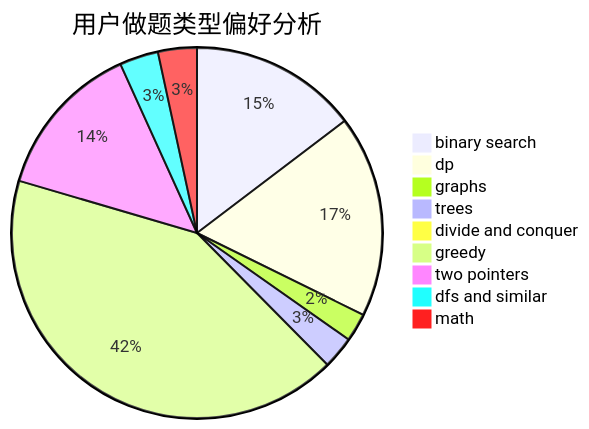
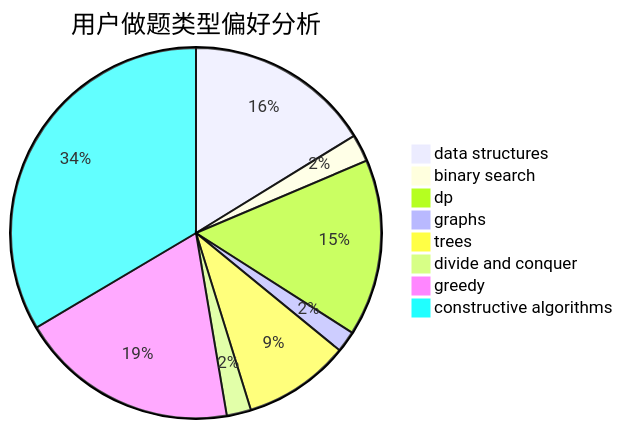
Before and after one commit to sherpahu/cfrs.github.io: the second of 3 diagrams in docs/user/u2743.md, drawn with Mermaid. The commit also changed other lines of this file and 2775 other files, not shown here.

````diff
--- a/docs/user/u2743.md
+++ b/docs/user/u2743.md
@@ -23,12 +23,11 @@
 ```mermaid
 pie title 用户做题类型偏好分析
-    "binary search" :  238
-    "dp" :  286
-    "graphs" :  40
-    "trees" :  46
-    "divide and conquer" :  13
-    "greedy" :  681
-    "two pointers" :  222
-    "dfs and similar" :  55
-    "math" :  55
+    "data structures" :  61
+    "binary search" :  9
+    "dp" :  58
+    "graphs" :  7
+    "trees" :  35
+    "divide and conquer" :  8
+    "greedy" :  72
+    "constructive algorithms" :  126
 ```
````
